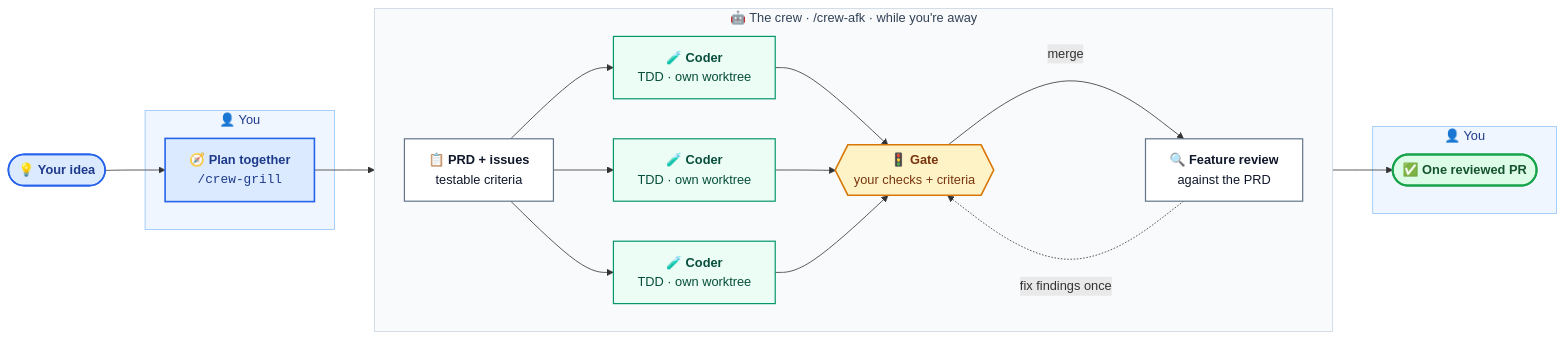
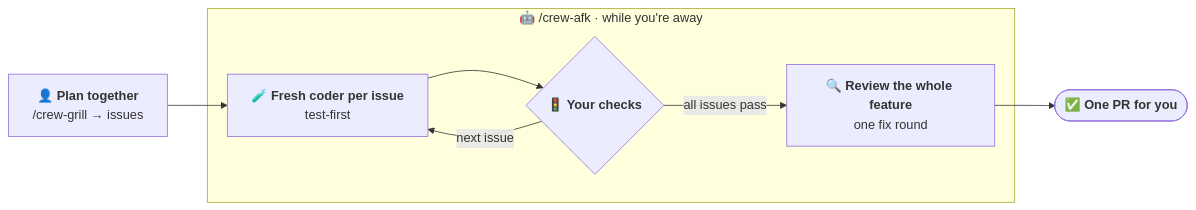
Before and after one commit to ypxing/coding-crew: the diagram in README.md, drawn with Mermaid. The commit also changed other lines of this file and 405 other files, not shown here.

First line of the commit message:
Make crew-afk a solve-feature dispatcher and every skill self-contained (#488)

````diff
--- a/README.md
+++ b/README.md
@@ -41,41 +45,10 @@
 ```mermaid
 flowchart LR
-    idea(["💡 <b>Your idea</b>"]) --> plan
-
-    subgraph you1 ["👤 You"]
-        plan["🧭 <b>Plan together</b><br/><code>/crew-grill</code>"]
+    plan["👤 <b>Plan together</b><br/>/crew-grill → issues"] --> coder
+    subgraph away ["🤖 /crew-afk · while you're away"]
+        coder["🧪 <b>Fresh coder per issue</b><br/>test-first"] --> gate{"🚦 <b>Your checks</b>"}
+        gate -- "next issue" --> coder
+        gate -- "all issues pass" --> review["🔍 <b>Review the whole feature</b><br/>one fix round"]
     end
-
-    plan --> issues
-
-    subgraph crew ["🤖 The crew · /crew-afk · while you're away"]
-        direction LR
-        issues["📋 <b>PRD + issues</b><br/>testable criteria"]
-        issues --> c1["🧪 <b>Coder</b><br/>TDD · own worktree"]
-        issues --> c2["🧪 <b>Coder</b><br/>TDD · own worktree"]
-        issues --> c3["🧪 <b>Coder</b><br/>TDD · own worktree"]
-        c1 & c2 & c3 --> gate{{"🚦 <b>Gate</b><br/>your checks + criteria"}}
-        gate -- "merge" --> review["🔍 <b>Feature review</b><br/>against the PRD"]
-        review -. "fix findings once" .-> gate
-    end
-
-    review --> pr
-
-    subgraph you2 ["👤 You"]
-        pr(["✅ <b>One reviewed PR</b>"])
-    end
-
-    classDef human fill:#dbeafe,stroke:#2563eb,stroke-width:2px,color:#1e3a8a
-    classDef bot fill:#ffffff,stroke:#64748b,stroke-width:1.5px,color:#0f172a
-    classDef code fill:#ecfdf5,stroke:#059669,stroke-width:1.5px,color:#064e3b
-    classDef gate fill:#fef3c7,stroke:#d97706,stroke-width:2px,color:#78350f
-    classDef done fill:#dcfce7,stroke:#16a34a,stroke-width:2.5px,color:#14532d
-    class idea,plan human
-    class issues,review bot
-    class c1,c2,c3 code
-    class gate gate
-    class pr done
-    style you1 fill:#eff6ff,stroke:#93c5fd,color:#1e3a8a
-    style you2 fill:#eff6ff,stroke:#93c5fd,color:#1e3a8a
-    style crew fill:#f8fafc,stroke:#cbd5e1,color:#334155
+    review --> pr(["✅ <b>One PR for you</b>"])
 ```
````
